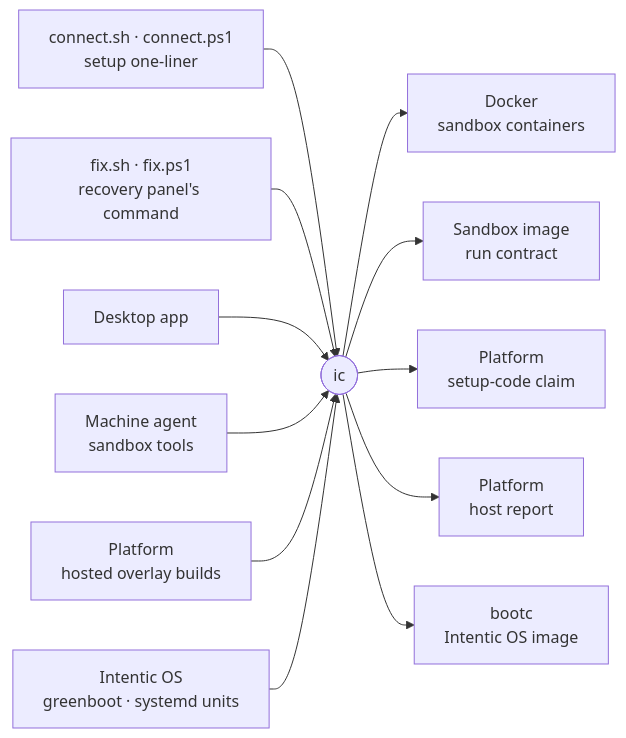
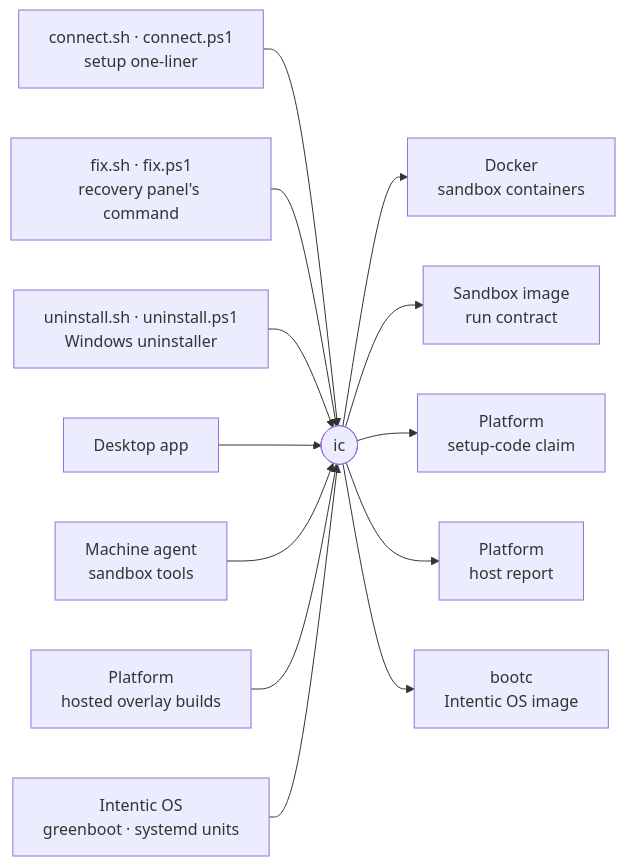
The diagram in _sandbox/ic/README.md (intentic/intentic), drawn with Mermaid before and after one commit. The commit also changed other lines of this file and 82 other files, not shown here.

````diff
--- a/_sandbox/ic/README.md
+++ b/_sandbox/ic/README.md
@@ -5,14 +5,15 @@
 ```mermaid
 flowchart LR
     shim["connect.sh · connect.ps1<br/>setup one-liner"] --> ic(["ic"])
     fixshim["fix.sh · fix.ps1<br/>recovery panel's command"] --> ic
+    uninstallshim["uninstall.sh · uninstall.ps1<br/>Windows uninstaller"] --> ic
     desktop["Desktop app"] --> ic
     machine["Machine agent<br/>sandbox tools"] --> ic
     hosted["Platform<br/>hosted overlay builds"] --> ic
     osunits["Intentic OS<br/>greenboot · systemd units"] --> ic
     ic --> docker["Docker<br/>sandbox containers"]
     ic --> image["Sandbox image<br/>run contract"]
     ic --> claim["Platform<br/>setup-code claim"]
     ic --> report["Platform<br/>host report"]
     ic --> bootc["bootc<br/>Intentic OS image"]
 ```
````
